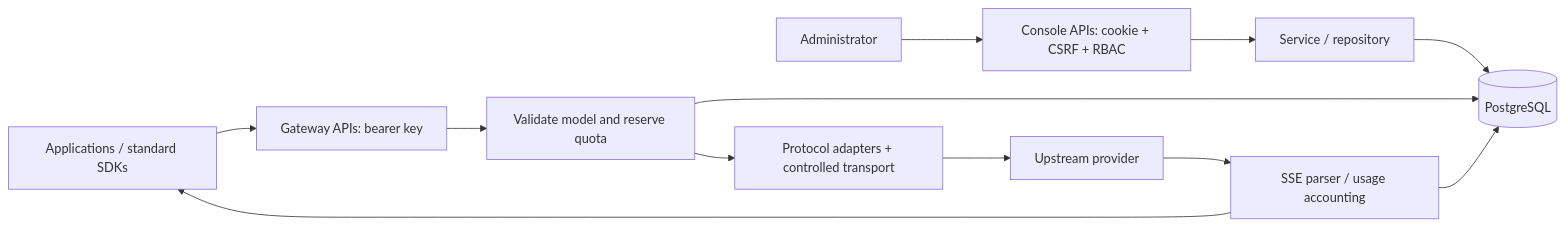
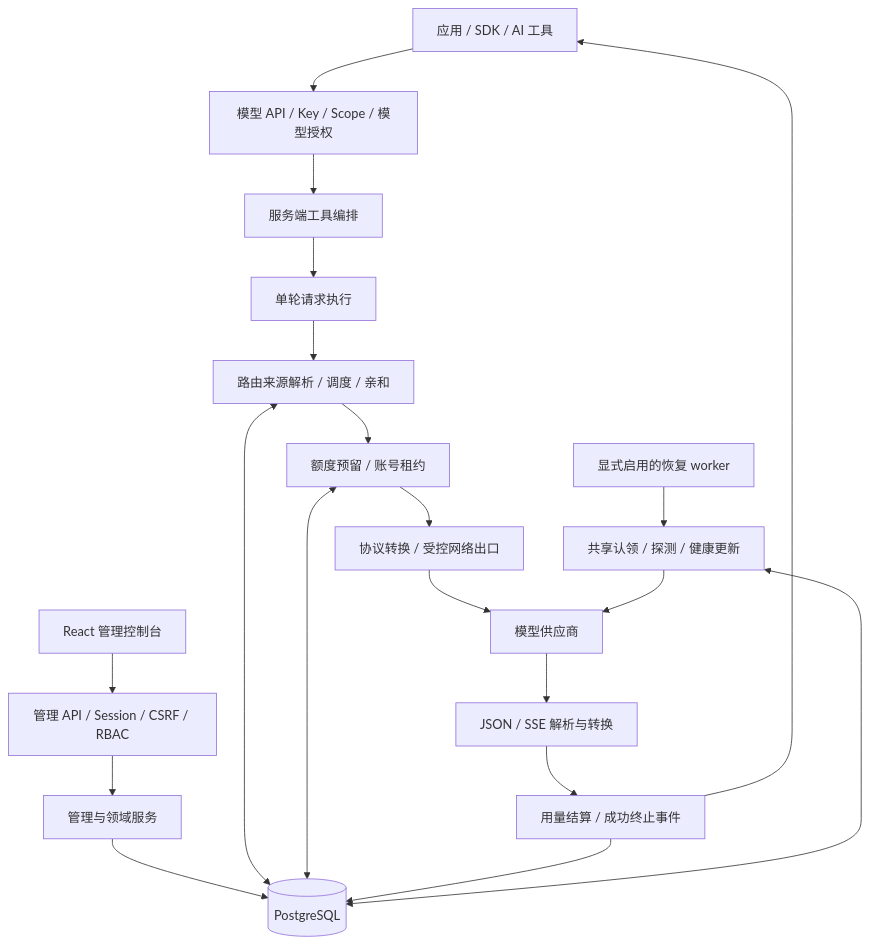
One commit to robeshell/coati changed the first of 2 diagrams in docs/node-rewrite/architecture.md. Above: the diagram before and after it, drawn with Mermaid. The commit also changed other lines of this file and 30 other files, not shown here.

````diff
--- a/docs/node-rewrite/architecture.md
+++ b/docs/node-rewrite/architecture.md
@@ -9,14 +18,22 @@
 ```mermaid
-flowchart LR
-  A[Administrator] --> B[Console APIs: cookie + CSRF + RBAC]
-  B --> C[Service / repository]
-  D[Applications / standard SDKs] --> E[Gateway APIs: bearer key]
-  E --> F[Validate model and reserve quota]
-  F --> G[Protocol adapters + controlled transport]
-  G --> H[Upstream provider]
-  H --> I[SSE parser / usage accounting]
-  I --> D
-  C --> P[(PostgreSQL)]
-  F --> P
-  I --> P
+flowchart TB
+  UI[React 管理控制台] --> Admin[管理 API / Session / CSRF / RBAC]
+  Client[应用 / SDK / AI 工具] --> API[模型 API / Key / Scope / 模型授权]
+  Admin --> Services[管理与领域服务]
+  API --> Tools[服务端工具编排]
+  Tools --> Execution[单轮请求执行]
+  Execution --> Routing[路由来源解析 / 调度 / 亲和]
+  Routing --> Reserve[额度预留 / 账号租约]
+  Reserve --> Bridge[协议转换 / 受控网络出口]
+  Bridge --> Provider[模型供应商]
+  Provider --> Stream[JSON / SSE 解析与转换]
+  Stream --> Settlement[用量结算 / 成功终止事件]
+  Settlement --> Client
+  Services --> DB[(PostgreSQL)]
+  Routing <--> DB
+  Reserve <--> DB
+  Settlement --> DB
+  Worker[显式启用的恢复 worker] --> Probe[共享认领 / 探测 / 健康更新]
+  Probe <--> DB
+  Probe --> Provider
 ```
````
